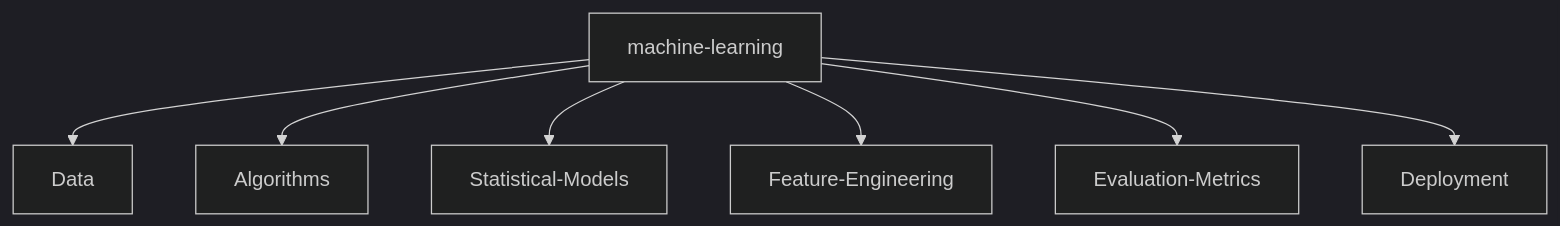
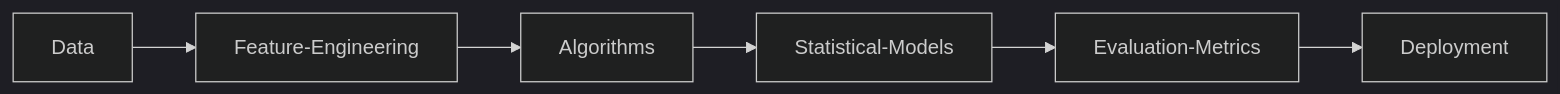
The diagram in README.md (NITISH-R-G/NITISH-R-G), drawn with Mermaid (dark theme) before and after one commit. The commit also changed other lines of this file, not shown here.

````diff
--- a/README.md
+++ b/README.md
@@ -154,9 +85,8 @@
 ```mermaid
-graph TD;
-    machine-learning-->Data;
-    machine-learning-->Algorithms;
-    machine-learning-->Statistical-Models;
-    machine-learning-->Feature-Engineering;
-    machine-learning-->Evaluation-Metrics;
-    machine-learning-->Deployment;
+graph LR;
+    Data-->Feature-Engineering;
+    Feature-Engineering-->Algorithms;
+    Algorithms-->Statistical-Models;
+    Statistical-Models-->Evaluation-Metrics;
+    Evaluation-Metrics-->Deployment;
 ```
````
